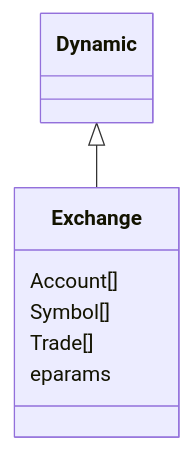
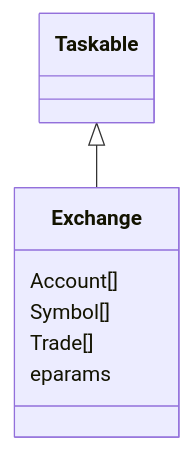
Before and after one commit to EA31337/EA31337-classes: the diagram in Exchange/README.md, drawn with Mermaid. The commit also changed 3 other files, not shown here.

First line of the commit message:
Exchange/Platform: Extends from Taskable

````diff
--- a/Exchange/README.md
+++ b/Exchange/README.md
@@ -5,8 +5,8 @@
 ```mermaid
 classDiagram
-  Dynamic <|-- Exchange
+  Taskable <|-- Exchange
   Exchange: Account[]
   Exchange: Symbol[]
   Exchange: Trade[]
   Exchange: eparams
 ```
````
